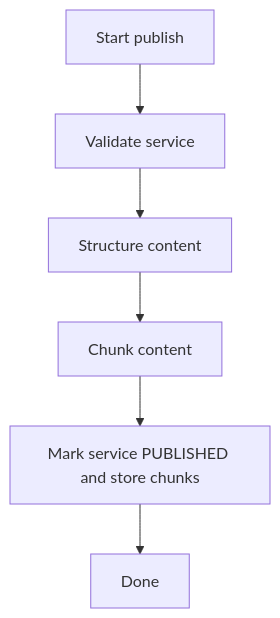
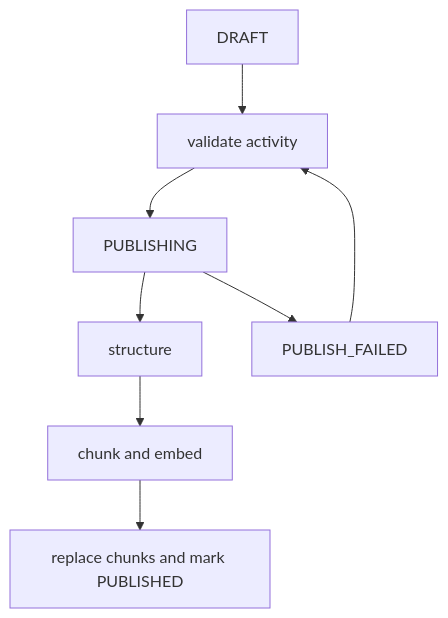
The second of 2 diagrams in docs/design.md (ahmedk-khan/SmartHealth-ahmedkhan), drawn with Mermaid before and after one commit. The commit also changed other lines of this file and 86 other files, not shown here.

````diff
--- a/docs/design.md
+++ b/docs/design.md
@@ -140,8 +40,10 @@
 ```mermaid
 flowchart TD
-    A[Start publish] --> B[Validate service]
-    B --> C[Structure content]
-    C --> D[Chunk content]
-    D --> E[Mark service PUBLISHED and store chunks]
-    E --> F[Done]
+    A[DRAFT] --> B[validate activity]
+    B --> C[PUBLISHING]
+    C --> D[structure]
+    D --> E[chunk and embed]
+    E --> F[replace chunks and mark PUBLISHED]
+    C --> G[PUBLISH_FAILED]
+    G --> B
 ```
````
